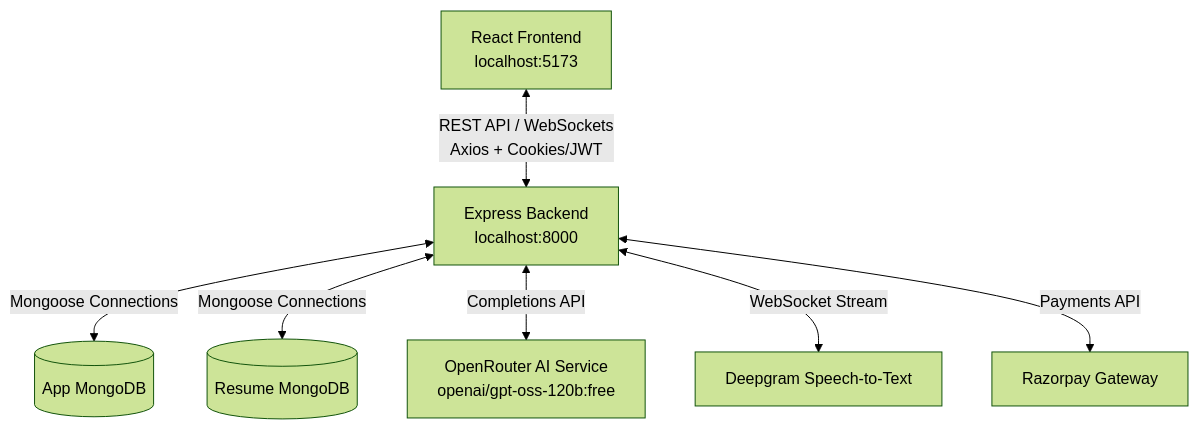
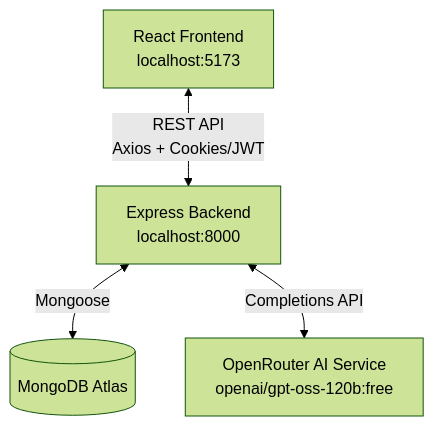
One commit to aarnav24/ai_mock_interview changed the first of 2 diagrams in README.md. Above: the diagram before and after it, drawn with Mermaid (forest theme). The commit also changed other lines of this file, not shown here.

Commit message:
refactor: remove Deepgram, Razorpay, Firebase, and draft storage dependencies to simplify architecture

````diff
--- a/README.md
+++ b/README.md
@@ -56,9 +50,6 @@
 ```mermaid
 graph TD
-    Client[React Frontend <br> localhost:5173] <-->|REST API / WebSockets <br> Axios + Cookies/JWT| Server[Express Backend <br> localhost:8000]
-    Server <-->|Mongoose Connections| MongoMainDB[(App MongoDB)]
-    Server <-->|Mongoose Connections| MongoResumeDB[(Resume MongoDB)]
+    Client[React Frontend <br> localhost:5173] <-->|REST API <br> Axios + Cookies/JWT| Server[Express Backend <br> localhost:8000]
+    Server <-->|Mongoose| MongoDB[(MongoDB Atlas)]
     Server <-->|Completions API| OpenRouter[OpenRouter AI Service <br> openai/gpt-oss-120b:free]
-    Server <-->|WebSocket Stream| Deepgram[Deepgram Speech-to-Text]
-    Server <-->|Payments API| Razorpay[Razorpay Gateway]
 ```
````
